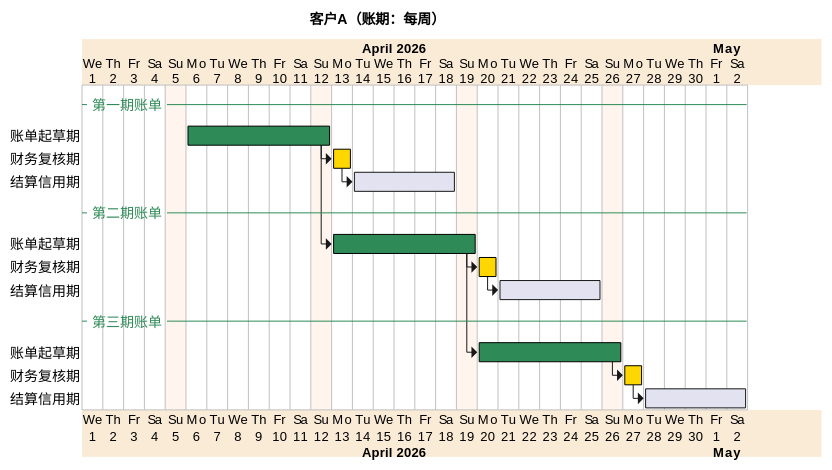
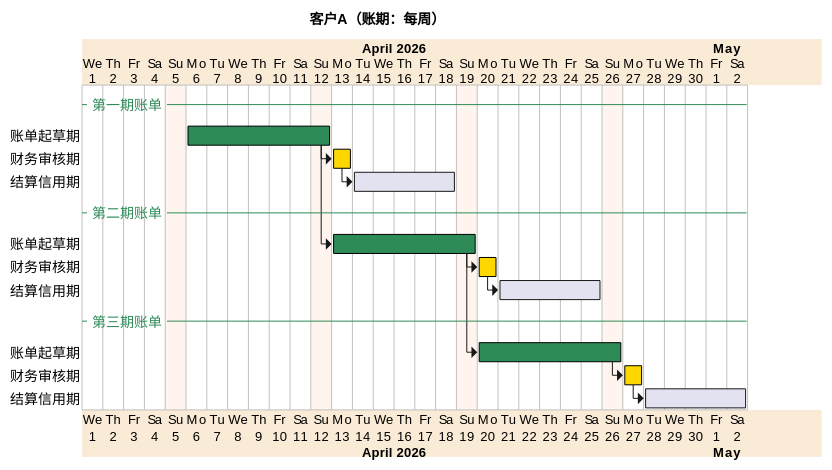
Before and after one commit to jack888332/projects-doc: the sixth of 12 diagrams in product-caliber/bms/prd/财务系统.PRD.md, drawn with PlantUML. The commit also changed other lines of this file and 16 other files, not shown here.

````diff
--- a/product-caliber/bms/prd/财务系统.PRD.md
+++ b/product-caliber/bms/prd/财务系统.PRD.md
@@ -614,54 +1192,54 @@
 ```plantuml
 @startgantt
 title 客户A（账期：每周）
 <style>
 ganttDiagram {
 	timeline {
         FontSize 13
         BackgroundColor AntiqueWhite
 	}
 	task {
 		FontSize 14
 	}
     arrow {
 		LineThickness 1.0
 	}
     separator {
 		FontSize 14
 		FontColor SeaGreen
 		LineColor SeaGreen
 	}
 }
 </style>
 
 printscale daily
 Label on first column and left aligned
 sunday is colored in SeaShell
 Project starts 2026/04/01
 
 -- 第一期账单 --
 [账单起草期] as [T1] starts 2026/04/06 and requires 1 week 
-then [财务复核期] as [T1.1] requires 1 days
+then [财务审核期] as [T1.1] requires 1 days
 [T1.1] pauses on sataday
 then [结算信用期] as [T1.2] requires 5 days
 
 [T1] is colored in SeaGreen/Black
 [T1.1] is colored in Gold/Black
 
 -- 第二期账单 --
 [账单起草期] as [T2] starts at [T1]'s end and requires 1 week
-then [财务复核期] as [T2.1] requires 1 days
+then [财务审核期] as [T2.1] requires 1 days
 then [结算信用期] as [T2.2] requires 5 days
 
 [T2] is colored in SeaGreen/Black
 [T2.1] is colored in Gold/Black
 
 -- 第三期账单 --
 [账单起草期] as [T3] starts at [T2]'s end and requires 1 week
-then [财务复核期] as [T3.1] requires 1 days
+then [财务审核期] as [T3.1] requires 1 days
 then [结算信用期] as [T3.2] requires 5 days
 
 [T3] is colored in SeaGreen/Black
 [T3.1] is colored in Gold/Black
 @endgantt
 ```
````
